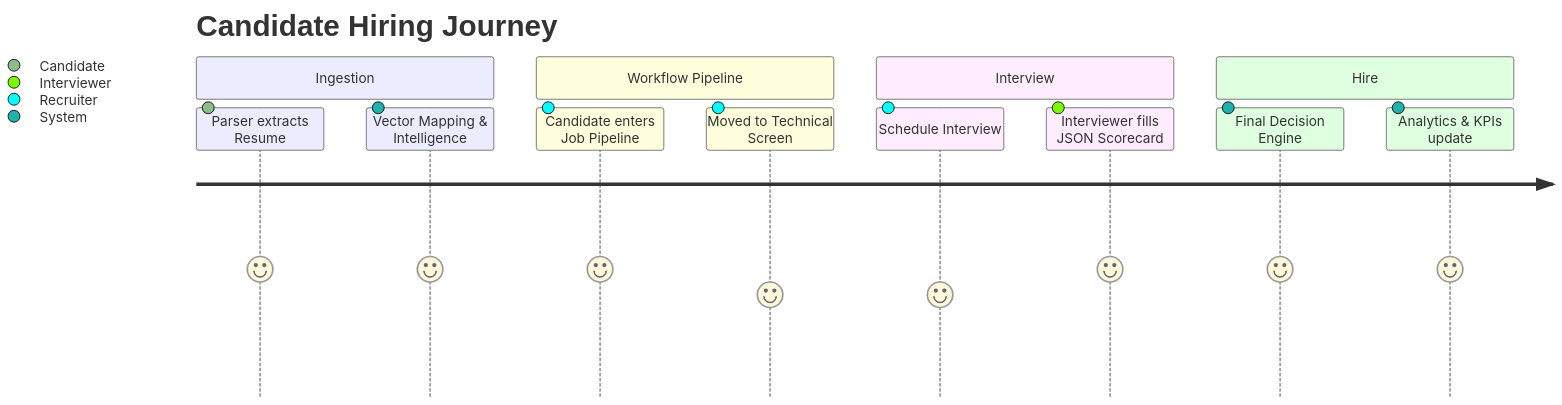
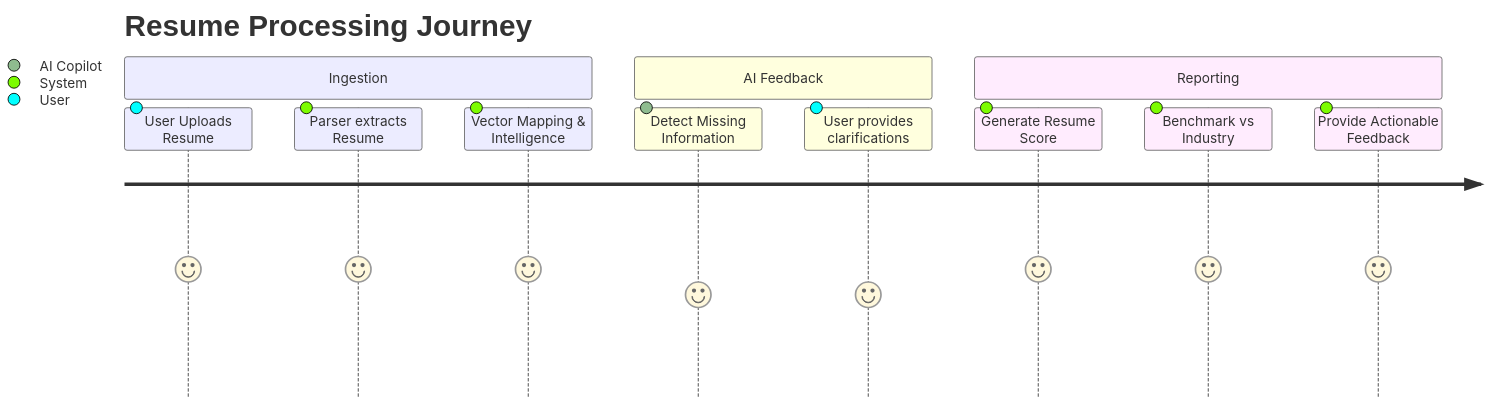
The second of 5 diagrams in docs/04_APP_FLOW.md (vanshbahl/resume-screener), drawn with Mermaid before and after one commit. The commit also changed other lines of this file and 16 other files, not shown here.

````diff
--- a/docs/04_APP_FLOW.md
+++ b/docs/04_APP_FLOW.md
@@ -56,16 +57,15 @@
 ```mermaid
 journey
-    title Candidate Hiring Journey
+    title Resume Processing Journey
     section Ingestion
-      Parser extracts Resume: 5: Candidate
+      User Uploads Resume: 5: User
+      Parser extracts Resume: 5: System
       Vector Mapping & Intelligence: 5: System
-    section Workflow Pipeline
-      Candidate enters Job Pipeline: 5: Recruiter
-      Moved to Technical Screen: 4: Recruiter
-    section Interview
-      Schedule Interview: 4: Recruiter
-      Interviewer fills JSON Scorecard: 5: Interviewer
-    section Hire
-      Final Decision Engine: 5: System
-      Analytics & KPIs update: 5: System
+    section AI Feedback
+      Detect Missing Information: 4: AI Copilot
+      User provides clarifications: 4: User
+    section Reporting
+      Generate Resume Score: 5: System
+      Benchmark vs Industry: 5: System
+      Provide Actionable Feedback: 5: System
 ```
````
